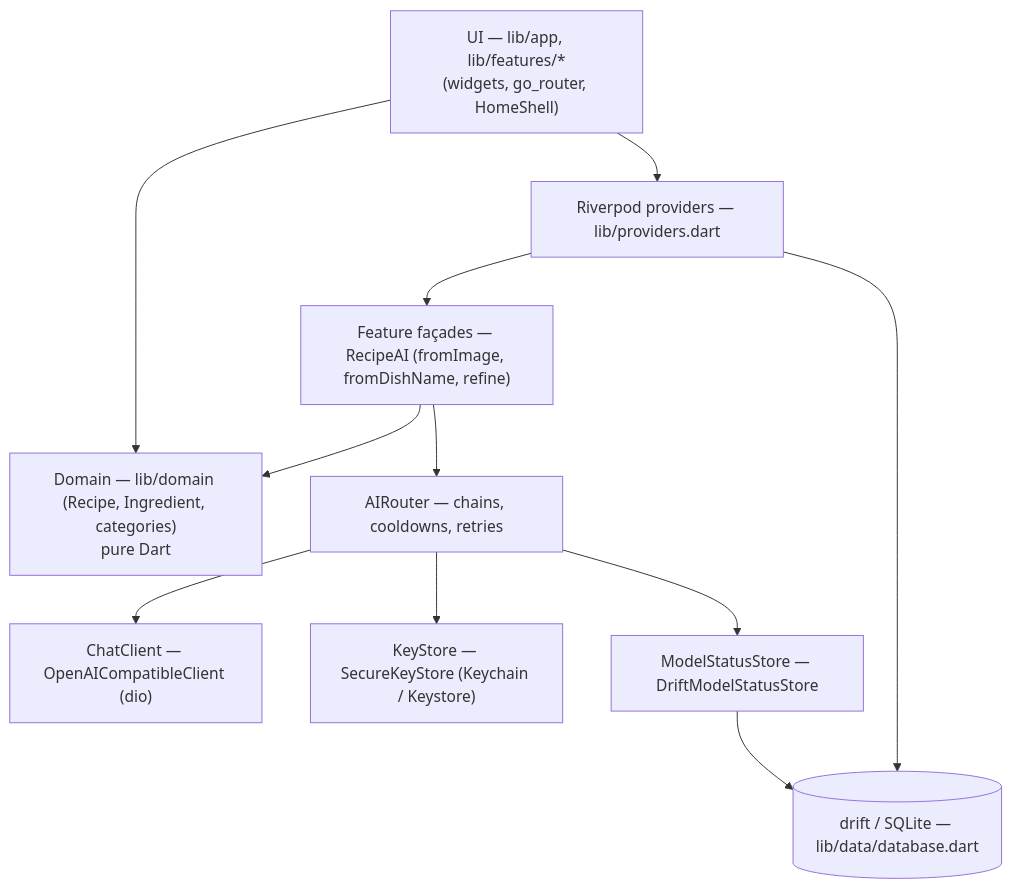
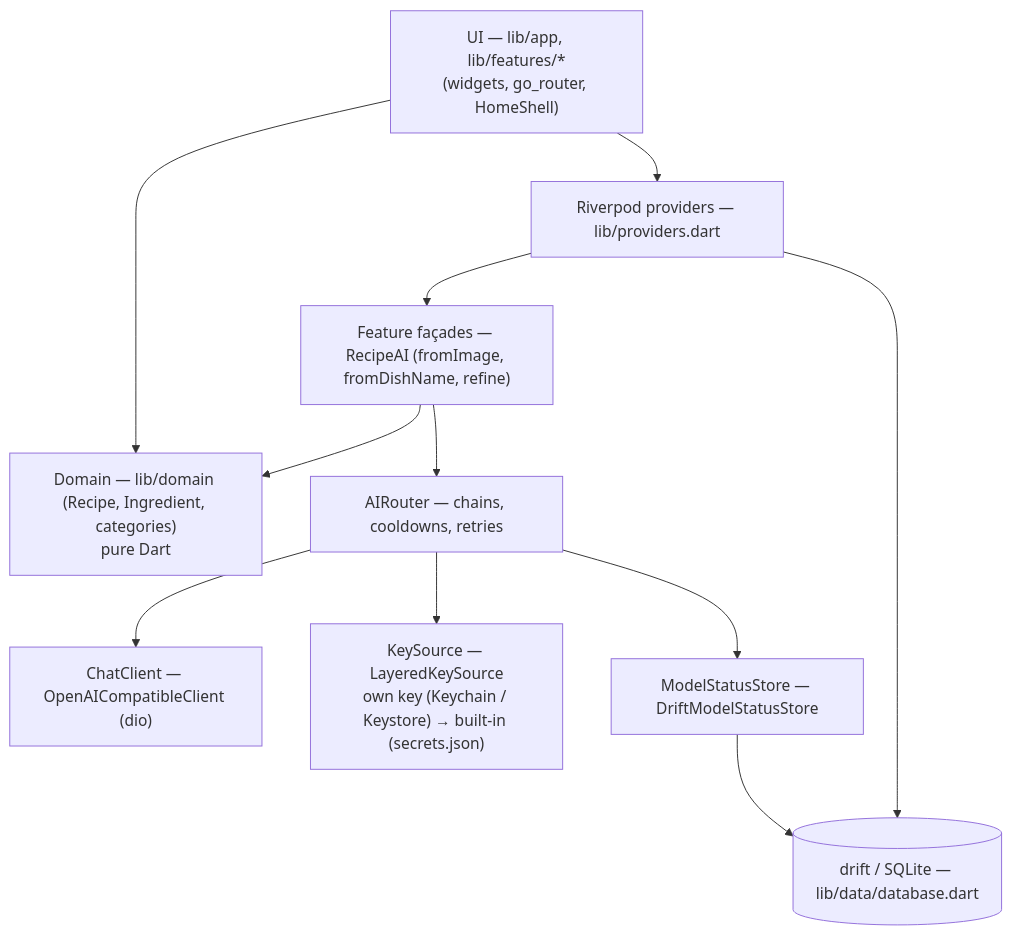
Before and after one commit to anjahubac/tavli: the first of 2 diagrams in docs/architecture.md, drawn with Mermaid. The commit also changed other lines of this file and 7 other files, not shown here.

````diff
--- a/docs/architecture.md
+++ b/docs/architecture.md
@@ -5,23 +5,23 @@
 ```mermaid
 flowchart TD
   UI["UI — lib/app, lib/features/*<br/>(widgets, go_router, HomeShell)"]
   P["Riverpod providers — lib/providers.dart"]
   F["Feature façades — RecipeAI (fromImage, fromDishName, refine)"]
   D["Domain — lib/domain (Recipe, Ingredient, categories)<br/>pure Dart"]
   R["AIRouter — chains, cooldowns, retries"]
   C["ChatClient — OpenAICompatibleClient (dio)"]
-  K["KeyStore — SecureKeyStore (Keychain / Keystore)"]
+  K["KeySource — LayeredKeySource<br/>own key (Keychain / Keystore) → built-in (secrets.json)"]
   S["ModelStatusStore — DriftModelStatusStore"]
   DB[("drift / SQLite — lib/data/database.dart")]
 
   UI --> P
   P --> F
   P --> DB
   F --> R
   F --> D
   R --> C
   R --> K
   R --> S
   S --> DB
   UI --> D
 ```
````
